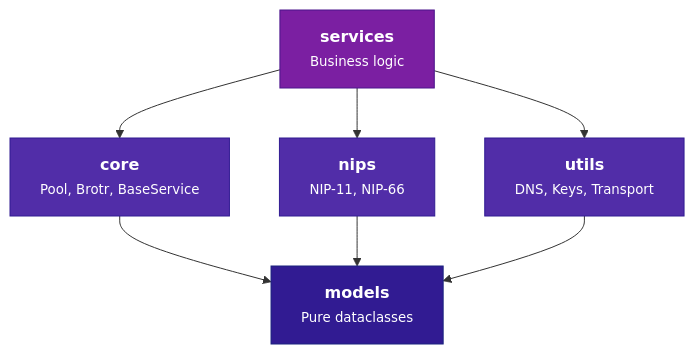
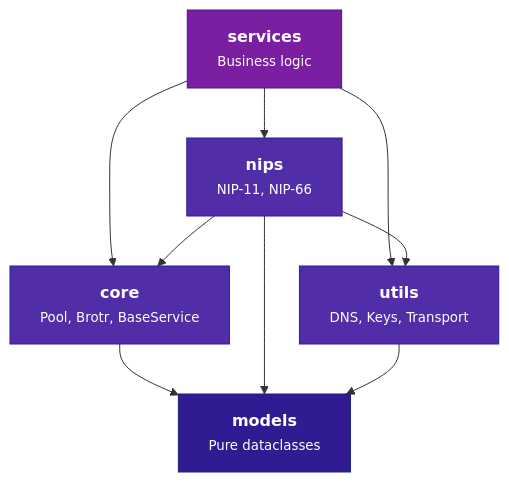
The diagram in docs/_snippets/dag-diagram.md (BigBrotr/bigbrotr), drawn with Mermaid before and after one commit. The commit also changed 36 other files, not shown here.

First line of the commit message:
docs: correct architecture terminology and fix documentation (#312)

````diff
--- a/docs/_snippets/dag-diagram.md
+++ b/docs/_snippets/dag-diagram.md
@@ -1,21 +1,23 @@
 ```mermaid
 graph TD
     S["<b>services</b><br/><small>Business logic</small>"]
     C["<b>core</b><br/><small>Pool, Brotr, BaseService</small>"]
     N["<b>nips</b><br/><small>NIP-11, NIP-66</small>"]
     U["<b>utils</b><br/><small>DNS, Keys, Transport</small>"]
     M["<b>models</b><br/><small>Pure dataclasses</small>"]
 
     S --> C
     S --> N
     S --> U
+    N --> C
+    N --> U
     C --> M
     N --> M
     U --> M
 
     style S fill:#7B1FA2,color:#fff,stroke:#4A148C
     style C fill:#512DA8,color:#fff,stroke:#311B92
     style N fill:#512DA8,color:#fff,stroke:#311B92
     style U fill:#512DA8,color:#fff,stroke:#311B92
     style M fill:#311B92,color:#fff,stroke:#1A237E
 ```
````
